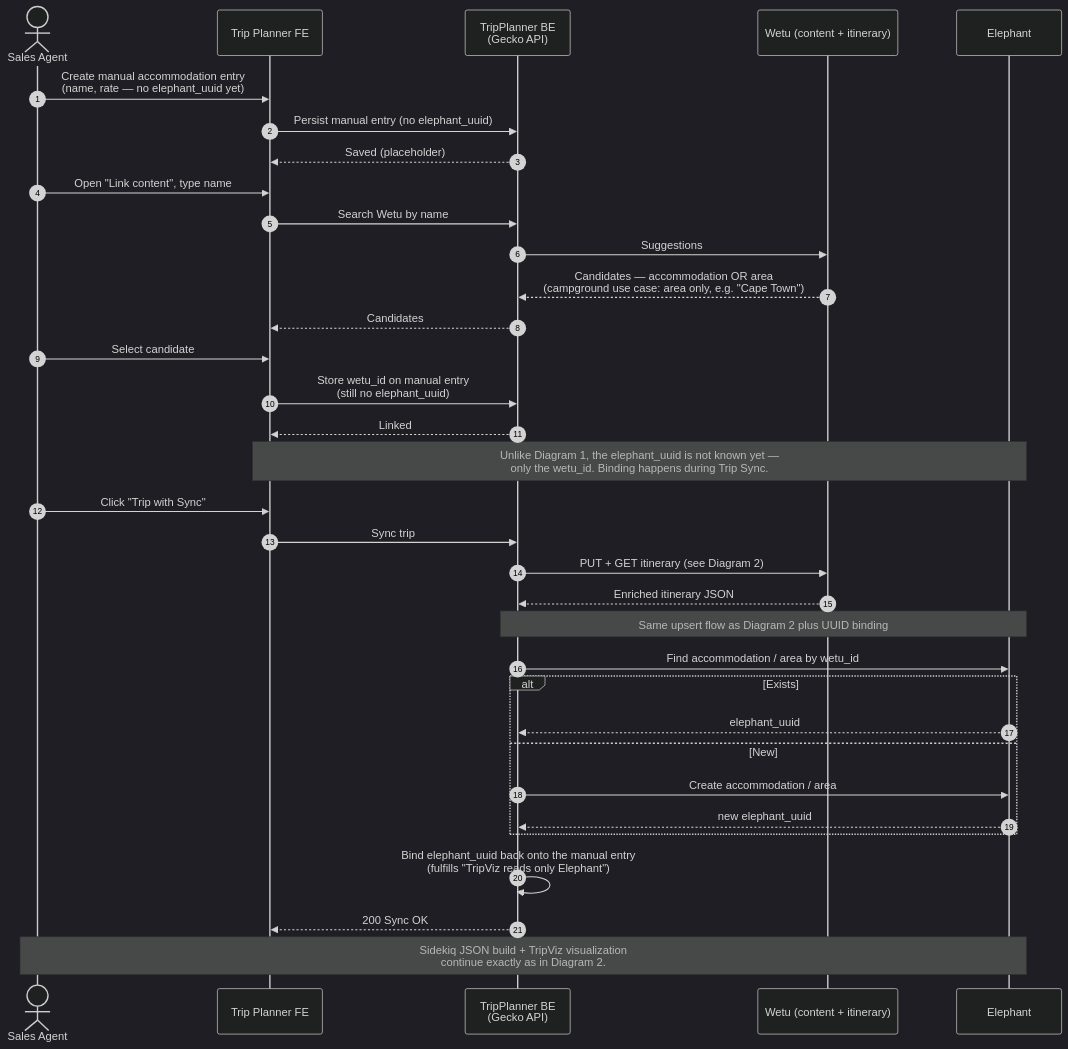
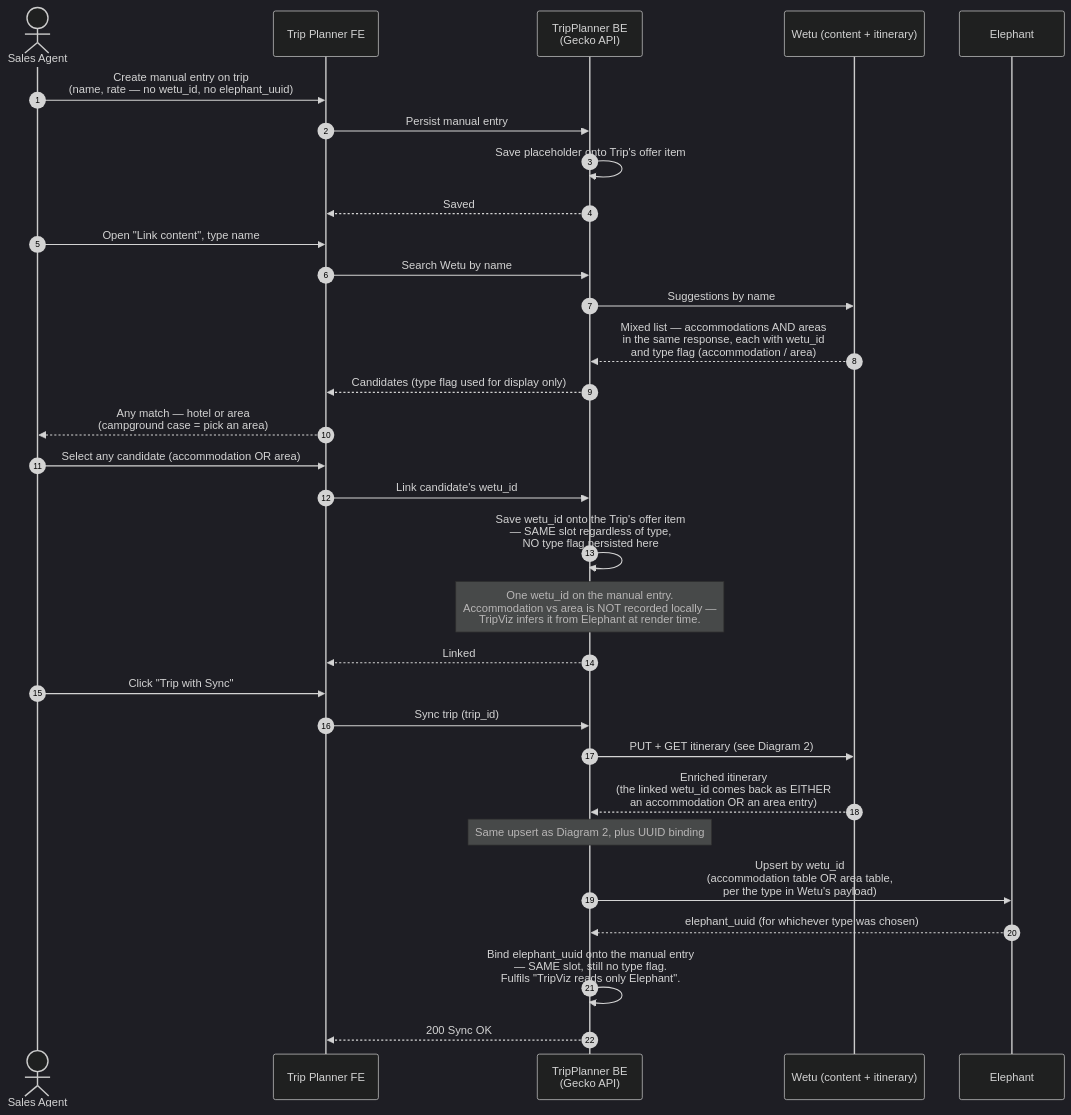
Before and after one commit to kliuchnikau-tourlane/ClaudeCowork: the fourth of 5 diagrams in OUTPUTS/2026-04-24_TripPlannerWetu-sequence-diagrams/TripPlannerWetu_Documentation.md, drawn with Mermaid (dark theme). The commit also changed other lines of this file, not shown here.

Commit message:
Clarify Diagram 3 link semantics; clean up cross-node notes
Diagram 3 now makes explicit that Link Content returns a mixed list
(accommodation AND area), both are linked the same way into a single
slot on the Trip's offer item with no type flag, and TripViz
distinguishes types later from the Elephant entity.

Also removed/tightened noisy cross-node notes:
- Diagram 2: "Visualization is built asynchronously" merged into the
  arrow label.
- Diagram 3: narrowed BE,Eleph note to BE; moved the Agent,Eleph
  closing summary to prose.
- Diagram 4: dropped the floating "NOT persisted into Elephant"
  (Elephant wasn't even a participant), dropped the redundant
  "Route geometry for TripViz", and added an explicit self-save
  arrow on BE so the "nothing goes to Elephant" point is carried
  by the flow instead of a floating note.

````diff
--- a/OUTPUTS/2026-04-24_TripPlannerWetu-sequence-diagrams/TripPlannerWetu_Documentation.md
+++ b/OUTPUTS/2026-04-24_TripPlannerWetu-sequence-diagrams/TripPlannerWetu_Documentation.md
@@ -187,43 +188,38 @@
 ```mermaid
 sequenceDiagram
     autonumber
     actor Agent as Sales Agent
     participant TP as Trip Planner FE
     participant BE as TripPlanner BE<br/>(Gecko API)
     participant Wetu as Wetu (content + itinerary)
     participant Eleph as Elephant
 
-    Agent->>TP: Create manual accommodation entry<br/>(name, rate — no elephant_uuid yet)
-    TP->>BE: Persist manual entry (no elephant_uuid)
-    BE-->>TP: Saved (placeholder)
+    Agent->>TP: Create manual entry on trip<br/>(name, rate — no wetu_id, no elephant_uuid)
+    TP->>BE: Persist manual entry
+    BE->>BE: Save placeholder onto Trip's offer item
+    BE-->>TP: Saved
 
     Agent->>TP: Open "Link content", type name
     TP->>BE: Search Wetu by name
-    BE->>Wetu: Suggestions
-    Wetu-->>BE: Candidates — accommodation OR area<br/>(campground use case: area only, e.g. "Cape Town")
-    BE-->>TP: Candidates
+    BE->>Wetu: Suggestions by name
+    Wetu-->>BE: Mixed list — accommodations AND areas<br/>in the same response, each with wetu_id<br/>and type flag (accommodation / area)
+    BE-->>TP: Candidates (type flag used for display only)
+    TP-->>Agent: Any match — hotel or area<br/>(campground case = pick an area)
 
-    Agent->>TP: Select candidate
-    TP->>BE: Store wetu_id on manual entry<br/>(still no elephant_uuid)
+    Agent->>TP: Select any candidate (accommodation OR area)
+    TP->>BE: Link candidate's wetu_id
+    BE->>BE: Save wetu_id onto the Trip's offer item<br/>— SAME slot regardless of type,<br/>NO type flag persisted here
+    Note over BE: One wetu_id on the manual entry.<br/>Accommodation vs area is NOT recorded locally —<br/>TripViz infers it from Elephant at render time.
     BE-->>TP: Linked
 
-    Note over TP,Eleph: Unlike Diagram 1, the elephant_uuid is not known yet —<br/>only the wetu_id. Binding happens during Trip Sync.
+    Agent->>TP: Click "Trip with Sync"
+    TP->>BE: Sync trip (trip_id)
+    BE->>Wetu: PUT + GET itinerary (see Diagram 2)
+    Wetu-->>BE: Enriched itinerary<br/>(the linked wetu_id comes back as EITHER<br/>an accommodation OR an area entry)
 
-    Agent->>TP: Click "Trip with Sync"
-    TP->>BE: Sync trip
-    BE->>Wetu: PUT + GET itinerary (see Diagram 2)
-    Wetu-->>BE: Enriched itinerary JSON
-
-    Note over BE,Eleph: Same upsert flow as Diagram 2 plus UUID binding
-    BE->>Eleph: Find accommodation / area by wetu_id
-    alt Exists
-        Eleph-->>BE: elephant_uuid
-    else New
-        BE->>Eleph: Create accommodation / area
-        Eleph-->>BE: new elephant_uuid
-    end
-    BE->>BE: Bind elephant_uuid back onto the manual entry<br/>(fulfills "TripViz reads only Elephant")
+    Note over BE: Same upsert as Diagram 2, plus UUID binding
+    BE->>Eleph: Upsert by wetu_id<br/>(accommodation table OR area table,<br/>per the type in Wetu's payload)
+    Eleph-->>BE: elephant_uuid (for whichever type was chosen)
+    BE->>BE: Bind elephant_uuid onto the manual entry<br/>— SAME slot, still no type flag.<br/>Fulfils "TripViz reads only Elephant".
     BE-->>TP: 200 Sync OK
-
-    Note over Agent,Eleph: Sidekiq JSON build + TripViz visualization<br/>continue exactly as in Diagram 2.
 ```
````
